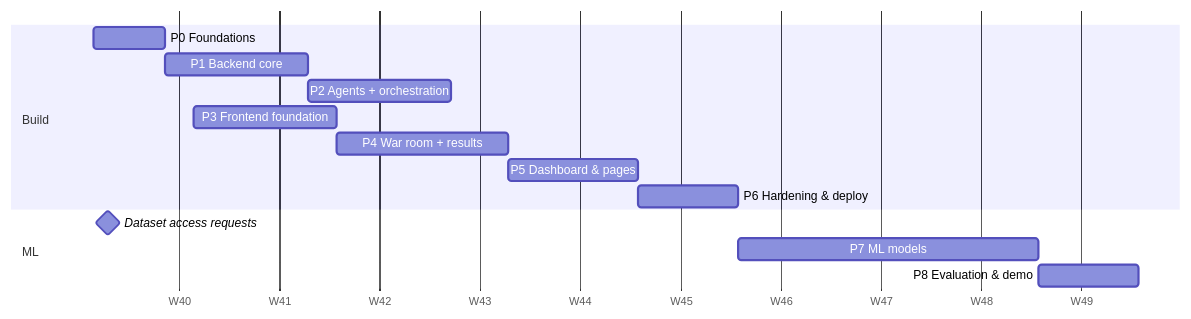
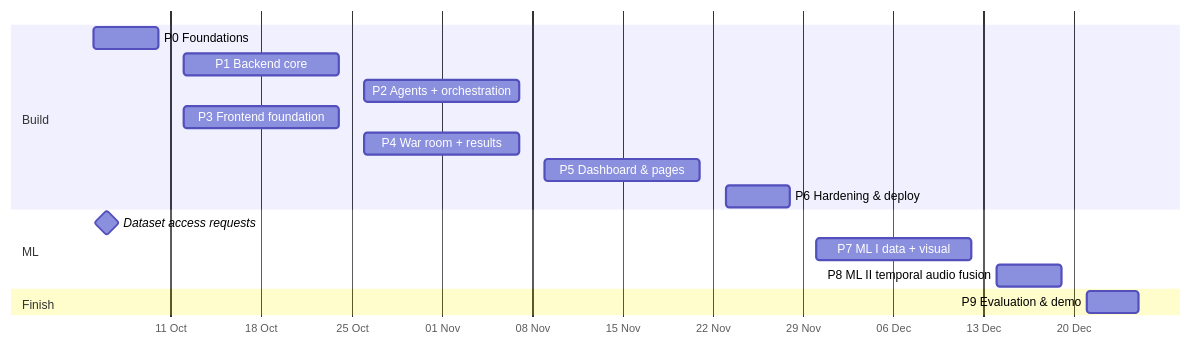
The diagram in docs/ImplementationPlan.md (HarshdeepAthawale/UML501-MACHINE-LEARNING), drawn with Mermaid before and after one commit. The commit also changed other lines of this file, not shown here.

````diff
--- a/docs/ImplementationPlan.md
+++ b/docs/ImplementationPlan.md
@@ -12,17 +27,19 @@
 ```mermaid
 gantt
     dateFormat  YYYY-MM-DD
-    axisFormat  W%W
+    axisFormat  %d %b
     section Build
-    P0 Foundations            :p0, 2026-10-05, 5d
-    P1 Backend core           :p1, after p0, 10d
-    P2 Agents + orchestration :p2, after p1, 10d
-    P3 Frontend foundation    :p3, 2026-10-12, 10d
-    P4 War room + results     :p4, after p3, 12d
-    P5 Dashboard & pages      :p5, after p4, 9d
-    P6 Hardening & deploy     :p6, after p5, 7d
+    P0 Foundations               :p0, 2026-10-05, 5d
+    P1 Backend core              :p1, 2026-10-12, 12d
+    P2 Agents + orchestration    :p2, 2026-10-26, 12d
+    P3 Frontend foundation       :p3, 2026-10-12, 12d
+    P4 War room + results        :p4, 2026-10-26, 12d
+    P5 Dashboard & pages         :p5, 2026-11-09, 12d
+    P6 Hardening & deploy        :p6, 2026-11-23, 5d
     section ML
-    Dataset access requests   :milestone, 2026-10-06, 0d
-    P7 ML models              :p7, after p6, 21d
-    P8 Evaluation & demo      :p8, after p7, 7d
+    Dataset access requests      :milestone, 2026-10-06, 0d
+    P7 ML I data + visual        :p7, 2026-11-30, 12d
+    P8 ML II temporal audio fusion :p8, 2026-12-14, 5d
+    section Finish
+    P9 Evaluation & demo         :p9, 2026-12-21, 4d
 ```
````
